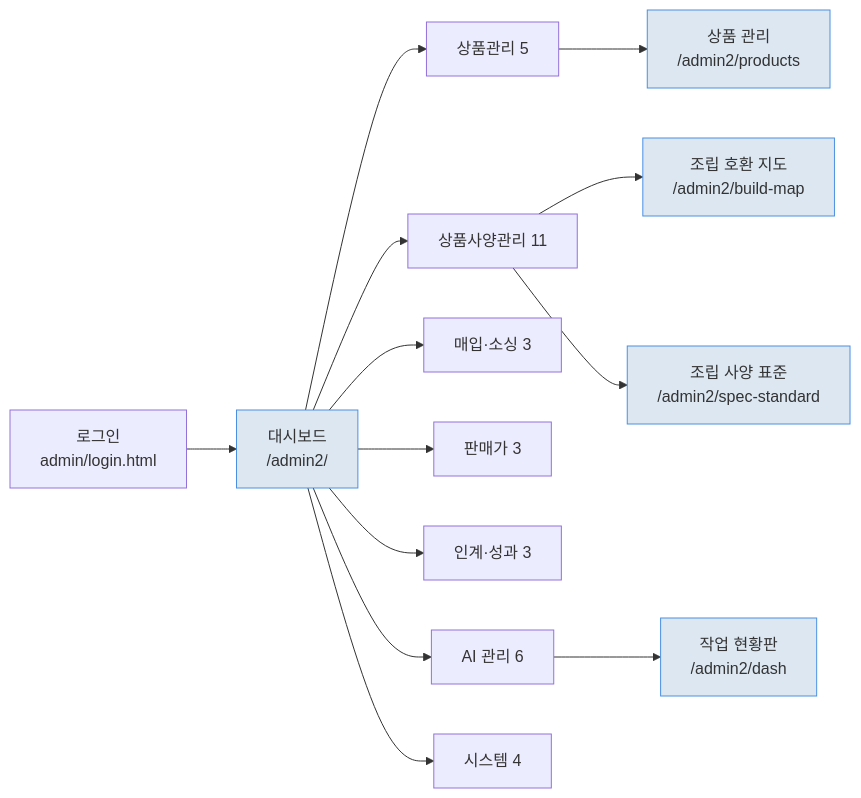
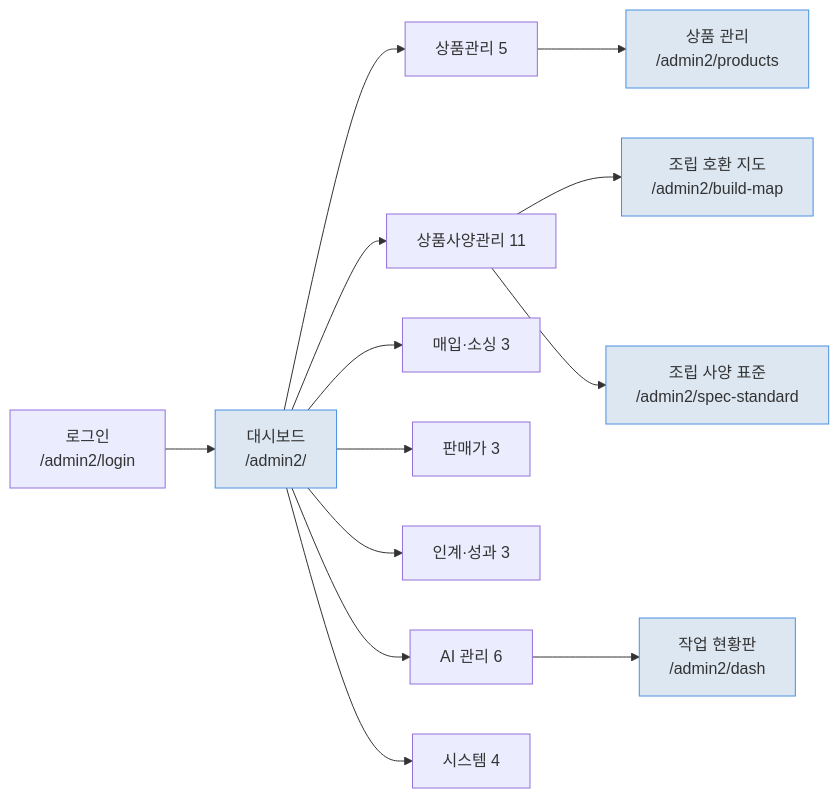
The fourth of 5 diagrams in docs/design/screen-flow.md (davidchoi2060-art/popcorn-ai), drawn with Mermaid before and after one commit. The commit also changed 1 other file, not shown here.

Commit message:
로그인 경로 이전(2026-08-17) 뒤 정반대가 된 실측 문장 정정 — 흐름도·조립 호환 지도 정의서
두 문서 다 "GET /admin2/login 404 · GET /admin/login.html 200"이라는 2026-08-14
실측을 근거로 구화면을 정답으로 판정해 뒀다. 2026-08-17 로그인 화면 신설(커밋
aa11d74)로 그 실측이 정반대가 됐는데, 문서는 안 따라갔다. 재실측(2026-08-21):
GET /admin2/login 200 · GET /admin/login.html 410.

작성 당시엔 참이었다는 사실은 지우지 않았다 — 그 판정이 그때는 근거가 있었다는
것도 기록이다(폐기된 것은 지우지 않고 폐기라고 적는 이 저장소 관례). req-build-map.md
쪽은 코드(build_map.html.j2:712)가 다음 날(2026-08-18, 커밋 1e27d3d) 회귀로 잡혀
이미 고쳐졌는데, 요구사항 정의서는 회귀의 검사 대상이 아니라서 "오류 아님" 판정
문구만 낡은 채 남아 있었다 — 코드 결함과 그걸 정당화하던 문서가 서로 다른
사정권에 있다는 사례로 남긴다.

````diff
--- a/docs/design/screen-flow.md
+++ b/docs/design/screen-flow.md
@@ -147,20 +147,20 @@
 ```mermaid
 flowchart LR
-  LOGIN["로그인<br/>admin/login.html"] --> HOME["대시보드<br/>/admin2/"]
+  LOGIN["로그인<br/>/admin2/login"] --> HOME["대시보드<br/>/admin2/"]
 
   HOME --> G1["상품관리 5"]
   HOME --> G2["상품사양관리 11"]
   HOME --> G3["매입·소싱 3"]
   HOME --> G4["판매가 3"]
   HOME --> G5["인계·성과 3"]
   HOME --> G6["AI 관리 6"]
   HOME --> G7["시스템 4"]
 
   G1 --> P1["상품 관리<br/>/admin2/products"]
   G2 --> P2["조립 호환 지도<br/>/admin2/build-map"]
   G2 --> P3["조립 사양 표준<br/>/admin2/spec-standard"]
   G6 --> P4["작업 현황판<br/>/admin2/dash"]
 
   classDef done fill:#dce7f2,stroke:#4a90e2
   class HOME,P1,P2,P3,P4 done
 ```
````
